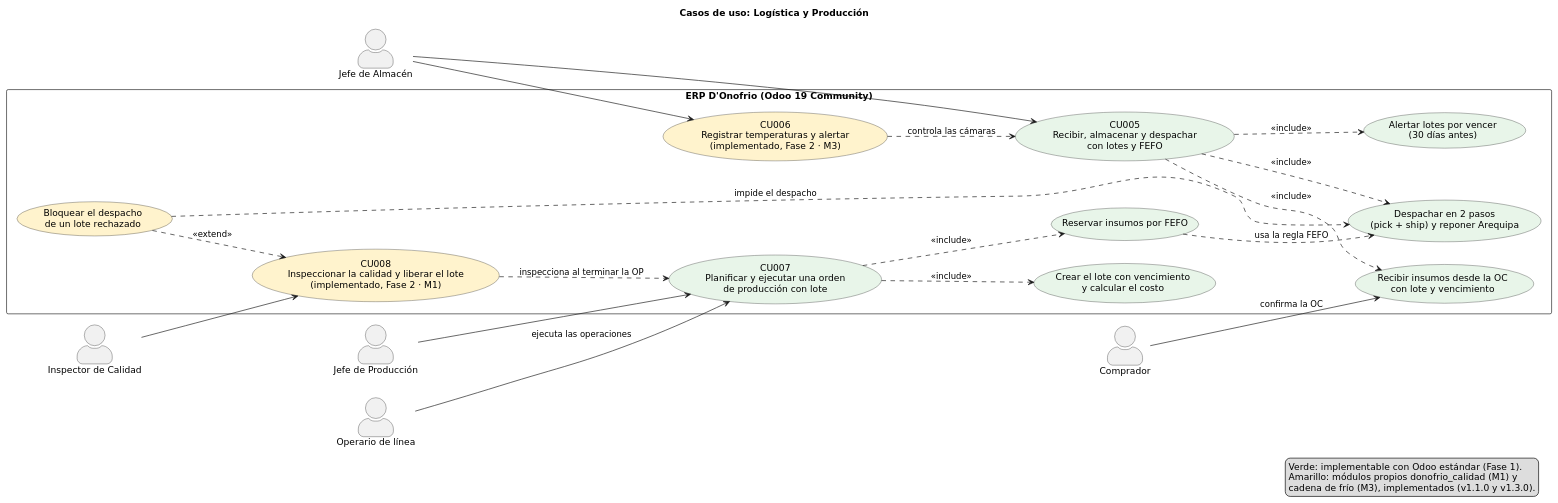
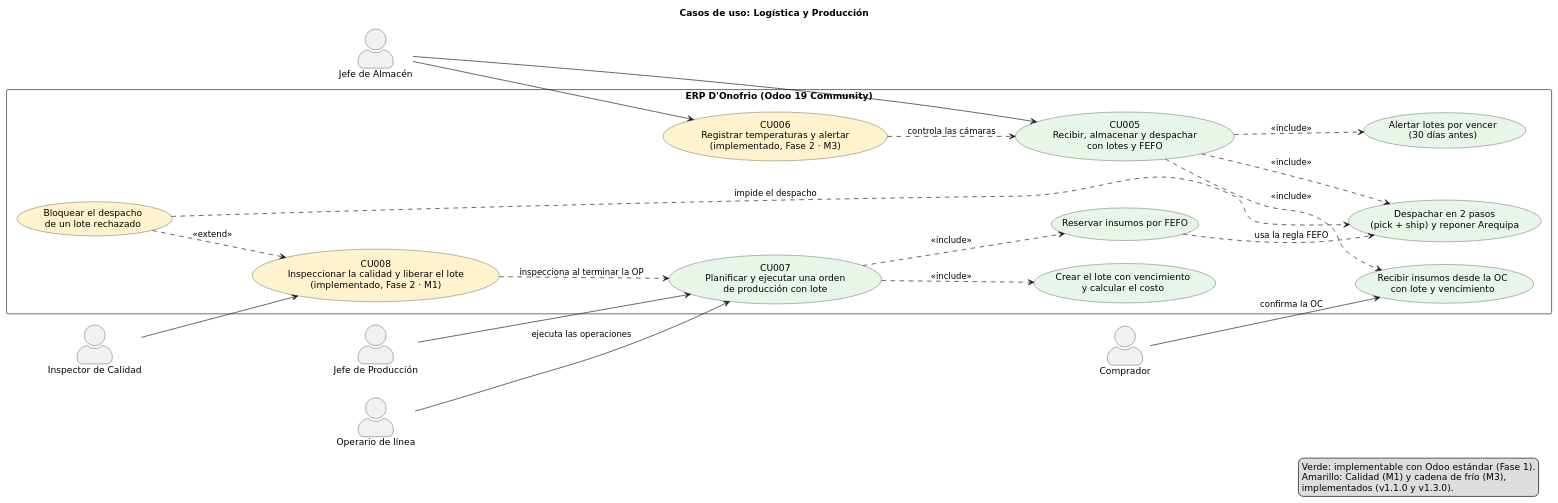
Before and after one commit to orlando572/erp-donofrio: the diagram in docs/diagramas/cu/cu_logistica_produccion.puml, drawn with PlantUML. The commit also changed 47 other files, not shown here.

First line of the commit message:
docs(diagramas): quita la etiqueta «módulo propio» de pantallas, BPMN, casos de uso, C4 y dependencias [S4]

```diff
--- a/docs/diagramas/cu/cu_logistica_produccion.puml
+++ b/docs/diagramas/cu/cu_logistica_produccion.puml
@@ -1,60 +1,60 @@
 @startuml cu_logistica_produccion
 ' Casos de uso de Logística y Producción (CU005 a CU008).
 ' CU005 y CU007 son Fase 1 (Odoo estándar). CU006 (cadena de frío, M3) y CU008 (calidad, M1) son Fase 2: implementados.
 left to right direction
 skinparam shadowing false
 skinparam defaultFontName DejaVu Sans
 skinparam actorStyle awesome
 skinparam usecase {
   BackgroundColor #F4F7FB
   BorderColor #222222
 }
 skinparam rectangle {
   BackgroundColor #FFFFFF
   BorderColor #222222
 }
 title Casos de uso: Logística y Producción
 
 actor "Jefe de Almacén" as ALM
 actor "Jefe de Producción" as PRO
 actor "Operario de línea" as OPE
 actor "Inspector de Calidad" as INS
 actor "Comprador" as COM
 
 rectangle "ERP D'Onofrio (Odoo 19 Community)" {
   usecase "CU005\nRecibir, almacenar y despachar\ncon lotes y FEFO" as CU005 #E8F5E9
   usecase "Recibir insumos desde la OC\ncon lote y vencimiento" as REC #E8F5E9
   usecase "Despachar en 2 pasos\n(pick + ship) y reponer Arequipa" as DES #E8F5E9
   usecase "Alertar lotes por vencer\n(30 días antes)" as ALE #E8F5E9
   usecase "CU007\nPlanificar y ejecutar una orden\nde producción con lote" as CU007 #E8F5E9
   usecase "Reservar insumos por FEFO" as FEF #E8F5E9
   usecase "Crear el lote con vencimiento\ny calcular el costo" as LOT #E8F5E9
   usecase "CU006\nRegistrar temperaturas y alertar\n(implementado, Fase 2 · M3)" as CU006 #FFF3CD
   usecase "CU008\nInspeccionar la calidad y liberar el lote\n(implementado, Fase 2 · M1)" as CU008 #FFF3CD
   usecase "Bloquear el despacho\nde un lote rechazado" as BLO #FFF3CD
 }
 
 COM --> REC : confirma la OC
 ALM --> CU005
 ALM --> CU006
 PRO --> CU007
 OPE --> CU007 : ejecuta las operaciones
 INS --> CU008
 
 CU005 ..> REC : <<include>>
 CU005 ..> DES : <<include>>
 CU005 ..> ALE : <<include>>
 CU007 ..> FEF : <<include>>
 CU007 ..> LOT : <<include>>
 FEF ..> DES : usa la regla FEFO
 CU006 ..> CU005 : controla las cámaras
 CU008 ..> CU007 : inspecciona al terminar la OP
 BLO ..> CU008 : <<extend>>
 BLO ..> DES : impide el despacho
 
 legend right
   Verde: implementable con Odoo estándar (Fase 1).
-  Amarillo: módulos propios donofrio_calidad (M1) y
-  cadena de frío (M3), implementados (v1.1.0 y v1.3.0).
+  Amarillo: Calidad (M1) y cadena de frío (M3),
+  implementados (v1.1.0 y v1.3.0).
 endlegend
 @enduml
```
